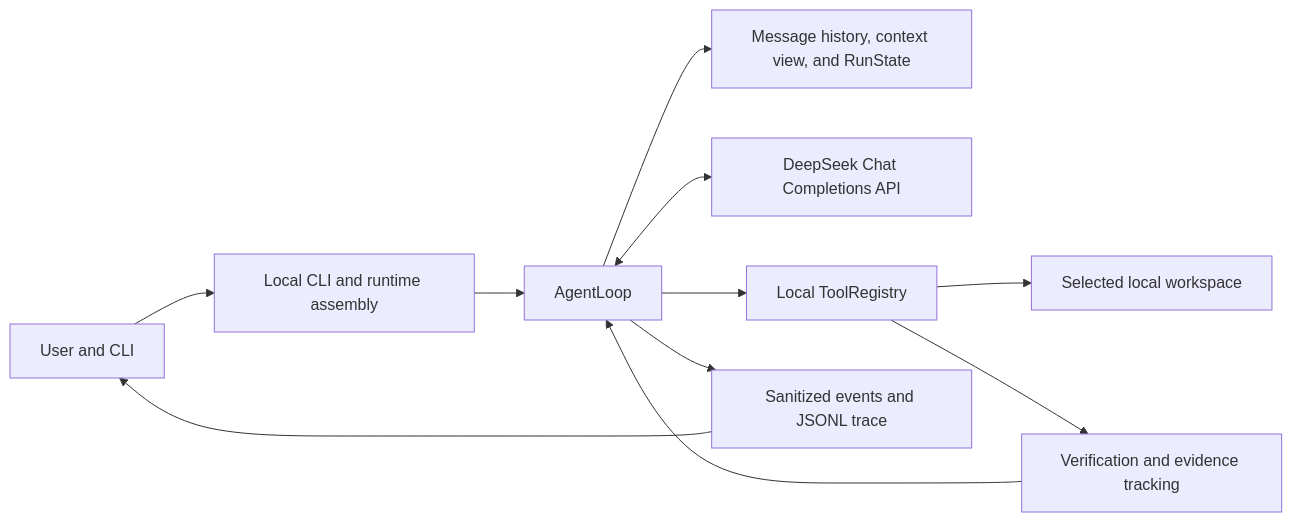
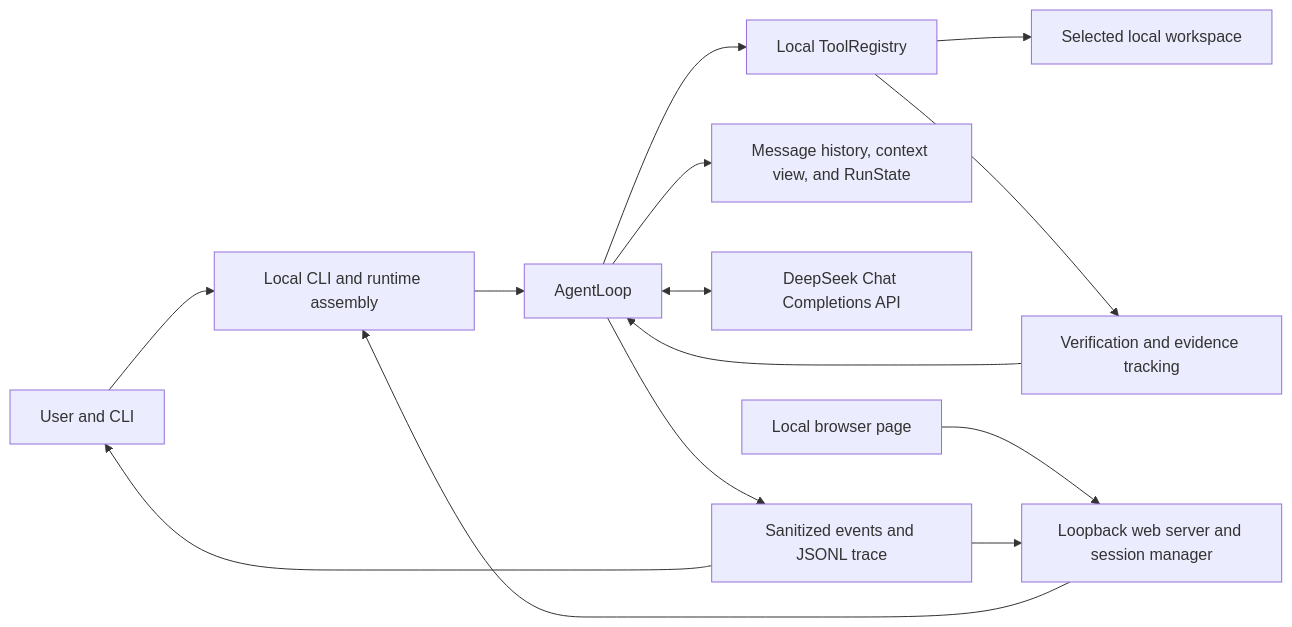
Before and after one commit to mingbochen/proofcoder: the first of 2 diagrams in docs/DESIGN.md, drawn with Mermaid. The commit also changed other lines of this file and 15 other files, not shown here.

````diff
--- a/docs/DESIGN.md
+++ b/docs/DESIGN.md
@@ -23,13 +23,16 @@
 ```mermaid
 flowchart LR
     U[User and CLI] --> CLI[Local CLI and runtime assembly]
+    B[Local browser page] --> WS[Loopback web server and session manager]
+    WS --> CLI
     CLI --> L[AgentLoop]
     L --> C[Message history, context view, and RunState]
     L <--> API[DeepSeek Chat Completions API]
     L --> R[Local ToolRegistry]
     R --> W[Selected local workspace]
     R --> V[Verification and evidence tracking]
     L --> E[Sanitized events and JSONL trace]
     V --> L
     E --> U
+    E --> WS
 ```
````
